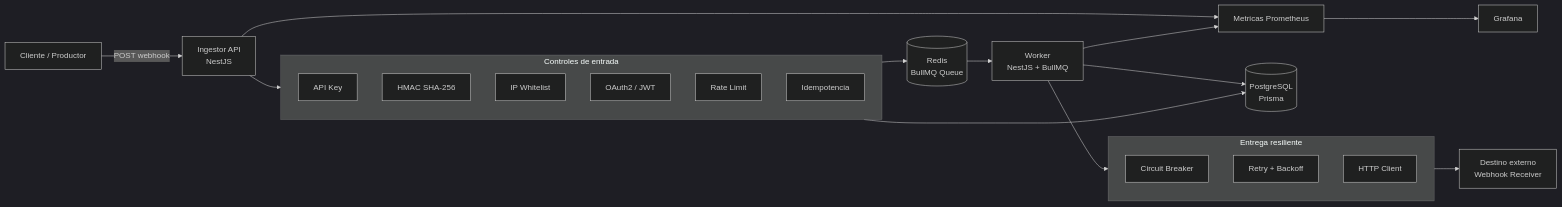
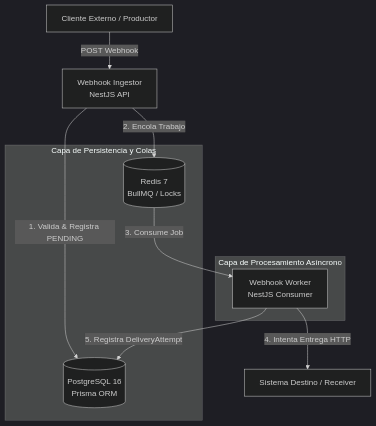
Before and after one commit to vxie705/Webhooks: the first of 3 diagrams in README.md, drawn with Mermaid (dark theme). The commit also changed other lines of this file, not shown here.

````diff
--- a/README.md
+++ b/README.md
@@ -40,33 +72,20 @@
 ```mermaid
-flowchart LR
-    producer[Cliente / Productor] -->|POST webhook| ingestor[Ingestor API<br/>NestJS]
-
-    subgraph security[Controles de entrada]
-        apiKey[API Key]
-        hmac[HMAC SHA-256]
-        ip[IP Whitelist]
-        oauth[OAuth2 / JWT]
-        rate[Rate Limit]
-        idem[Idempotencia]
+flowchart TD
+    client[Cliente Externo / Productor] -->|POST Webhook| api[Webhook Ingestor <br/> NestJS API]
+    
+    subgraph Capa de Persistencia y Colas
+        redis[(Redis 7 <br/> BullMQ / Locks)]
+        db[(PostgreSQL 16 <br/> Prisma ORM)]
     end
-
-    ingestor --> security
-    security --> queue[(Redis<br/>BullMQ Queue)]
-    security --> db[(PostgreSQL<br/>Prisma)]
-
-    queue --> worker[Worker<br/>NestJS + BullMQ]
-
-    subgraph delivery[Entrega resiliente]
-        cb[Circuit Breaker]
-        retry[Retry + Backoff]
-        http[HTTP Client]
+    
+    api -->|1. Valida & Registra PENDING| db
+    api -->|2. Encola Trabajo| redis
+    
+    subgraph Capa de Procesamiento Asíncrono
+        worker[Webhook Worker <br/> NestJS Consumer]
     end
-
-    worker --> delivery
-    delivery --> destination[Destino externo<br/>Webhook Receiver]
-    worker --> db
-
-    ingestor --> metrics[Metricas Prometheus]
-    worker --> metrics
-    metrics --> grafana[Grafana]
+    
+    redis -->|3. Consume Job| worker
+    worker -->|4. Intenta Entrega HTTP| external[Sistema Destino / Receiver]
+    worker -->|5. Registra DeliveryAttempt| db
 ```
````
